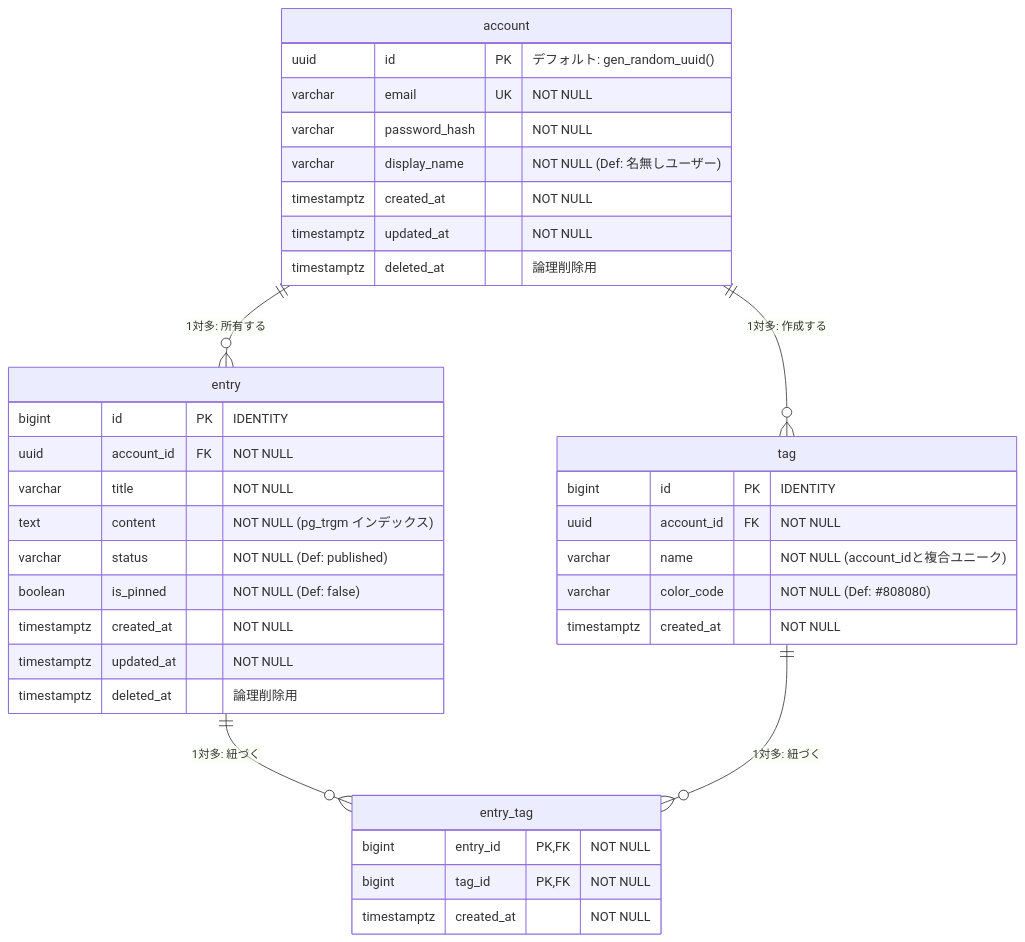
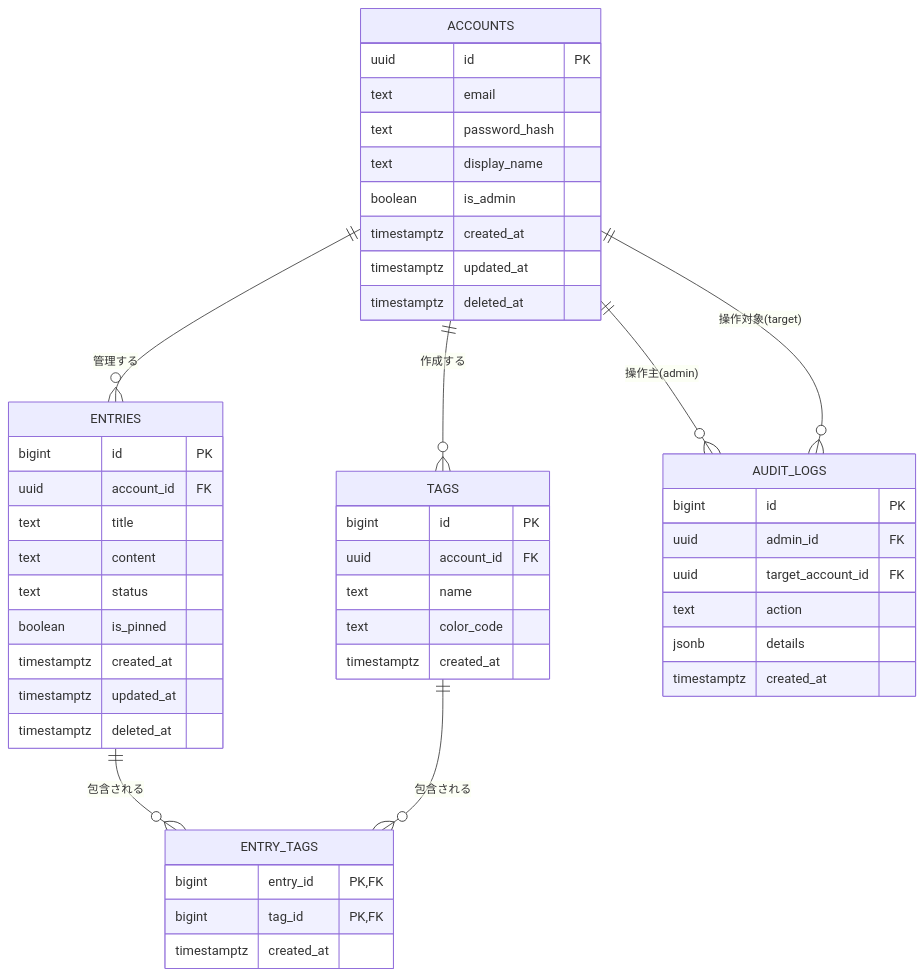
Before and after one commit to gae-22/note-gae-jp: the diagram in README.md, drawn with Mermaid. The commit also changed other lines of this file, not shown here.

````diff
--- a/README.md
+++ b/README.md
@@ -205,43 +244,57 @@
 ```mermaid
 erDiagram
-    account ||--o{ entry : "1対多: 所有する"
-    account ||--o{ tag : "1対多: 作成する"
-    entry ||--o{ entry_tag : "1対多: 紐づく"
-    tag ||--o{ entry_tag : "1対多: 紐づく"
+    %% IDEF1X: Entities and Relationships
+    ACCOUNTS ||--o{ ENTRIES : "管理する"
+    ACCOUNTS ||--o{ TAGS : "作成する"
+    ACCOUNTS ||--o{ AUDIT_LOGS : "操作主(admin)"
+    ACCOUNTS ||--o{ AUDIT_LOGS : "操作対象(target)"
+    
+    ENTRIES ||--o{ ENTRY_TAGS : "包含される"
+    TAGS ||--o{ ENTRY_TAGS : "包含される"
 
-    account {
-        uuid id PK "デフォルト: gen_random_uuid()"
-        varchar email UK "NOT NULL"
-        varchar password_hash "NOT NULL"
-        varchar display_name "NOT NULL (Def: 名無しユーザー)"
-        timestamptz created_at "NOT NULL"
-        timestamptz updated_at "NOT NULL"
-        timestamptz deleted_at "論理削除用"
+    ACCOUNTS {
+        uuid id PK
+        text email
+        text password_hash
+        text display_name
+        boolean is_admin
+        timestamptz created_at
+        timestamptz updated_at
+        timestamptz deleted_at
     }
 
-    entry {
-        bigint id PK "IDENTITY"
-        uuid account_id FK "NOT NULL"
-        varchar title "NOT NULL"
-        text content "NOT NULL (pg_trgm インデックス)"
-        varchar status "NOT NULL (Def: published)"
-        boolean is_pinned "NOT NULL (Def: false)"
-        timestamptz created_at "NOT NULL"
-        timestamptz updated_at "NOT NULL"
-        timestamptz deleted_at "論理削除用"
+    ENTRIES {
+        bigint id PK
+        uuid account_id FK
+        text title
+        text content
+        text status
+        boolean is_pinned
+        timestamptz created_at
+        timestamptz updated_at
+        timestamptz deleted_at
     }
 
-    tag {
-        bigint id PK "IDENTITY"
-        uuid account_id FK "NOT NULL"
-        varchar name "NOT NULL (account_idと複合ユニーク)"
-        varchar color_code "NOT NULL (Def: #808080)"
-        timestamptz created_at "NOT NULL"
+    TAGS {
+        bigint id PK
+        uuid account_id FK
+        text name
+        text color_code
+        timestamptz created_at
     }
 
-    entry_tag {
-        bigint entry_id PK, FK "NOT NULL"
-        bigint tag_id PK, FK "NOT NULL"
-        timestamptz created_at "NOT NULL"
+    ENTRY_TAGS {
+        bigint entry_id PK, FK
+        bigint tag_id PK, FK
+        timestamptz created_at
+    }
+
+    AUDIT_LOGS {
+        bigint id PK
+        uuid admin_id FK
+        uuid target_account_id FK
+        text action
+        jsonb details
+        timestamptz created_at
     }
 ```
````
